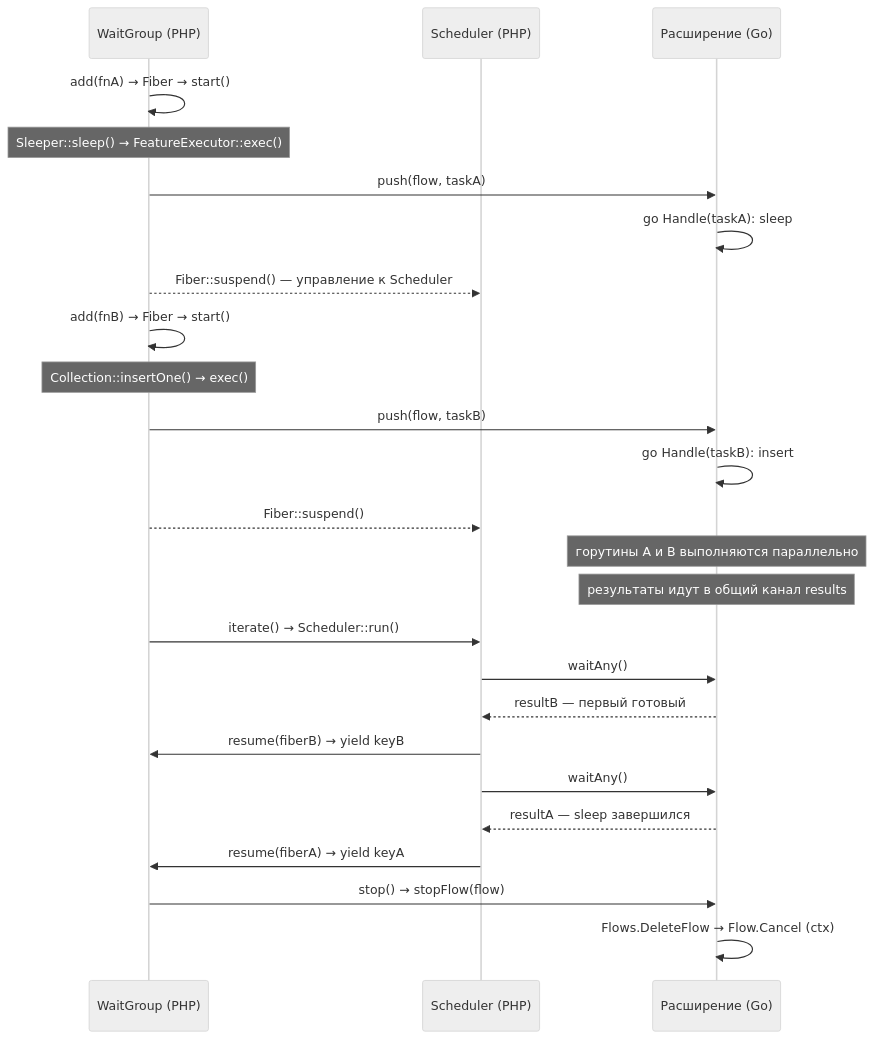
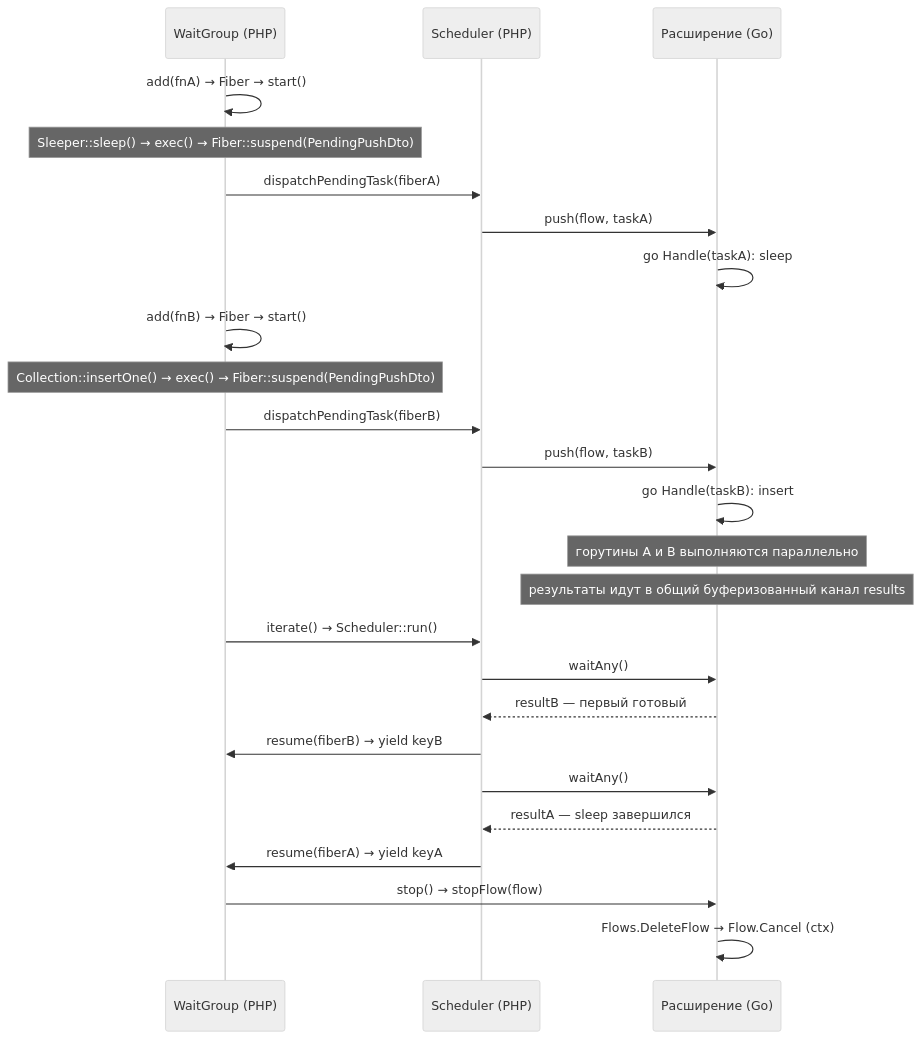
The first of 2 diagrams in docs/architecture.ru.md (sprust/sconcur), drawn with Mermaid (neutral theme) before and after one commit. The commit also changed other lines of this file and 3 other files, not shown here.

First line of the commit message:
docs: update for suspend-first dispatch and unlimited fan-out

````diff
--- a/docs/architecture.ru.md
+++ b/docs/architecture.ru.md
@@ -32,31 +37,31 @@
 ```mermaid
 sequenceDiagram
     participant WG as WaitGroup (PHP)
     participant S as Scheduler (PHP)
     participant Go as Расширение (Go)
 
     WG->>WG: add(fnA) → Fiber → start()
-    Note over WG: Sleeper::sleep() → FeatureExecutor::exec()
-    WG->>Go: push(flow, taskA)
+    Note over WG: Sleeper::sleep() → exec() → Fiber::suspend(PendingPushDto)
+    WG->>S: dispatchPendingTask(fiberA)
+    S->>Go: push(flow, taskA)
     Go->>Go: go Handle(taskA): sleep
-    WG-->>S: Fiber::suspend() — управление к Scheduler
 
     WG->>WG: add(fnB) → Fiber → start()
-    Note over WG: Collection::insertOne() → exec()
-    WG->>Go: push(flow, taskB)
+    Note over WG: Collection::insertOne() → exec() → Fiber::suspend(PendingPushDto)
+    WG->>S: dispatchPendingTask(fiberB)
+    S->>Go: push(flow, taskB)
     Go->>Go: go Handle(taskB): insert
-    WG-->>S: Fiber::suspend()
     Note over Go: горутины A и B выполняются параллельно
-    Note over Go: результаты идут в общий канал results
+    Note over Go: результаты идут в общий буферизованный канал results
 
     WG->>S: iterate() → Scheduler::run()
     S->>Go: waitAny()
     Go-->>S: resultB — первый готовый
     S->>WG: resume(fiberB) → yield keyB
     S->>Go: waitAny()
     Go-->>S: resultA — sleep завершился
     S->>WG: resume(fiberA) → yield keyA
 
     WG->>Go: stop() → stopFlow(flow)
     Go->>Go: Flows.DeleteFlow → Flow.Cancel (ctx)
 ```
````
